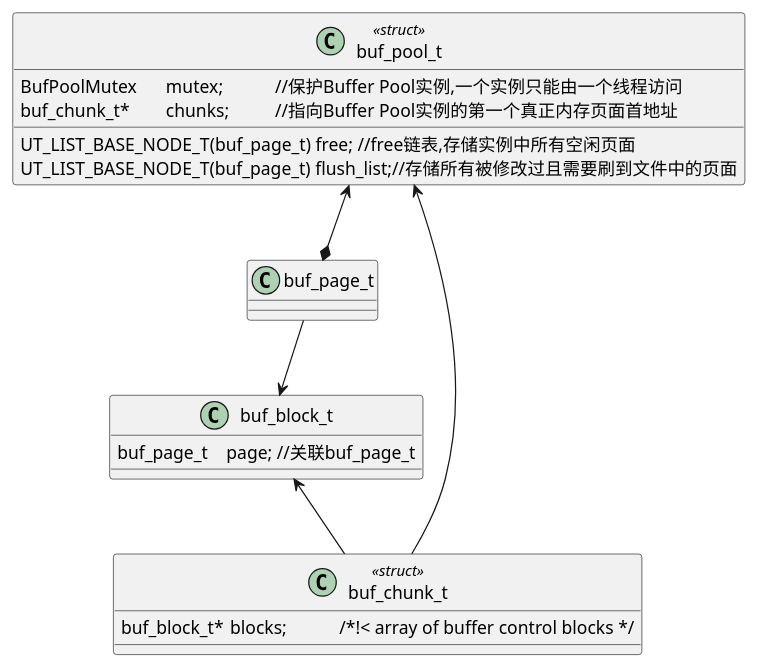
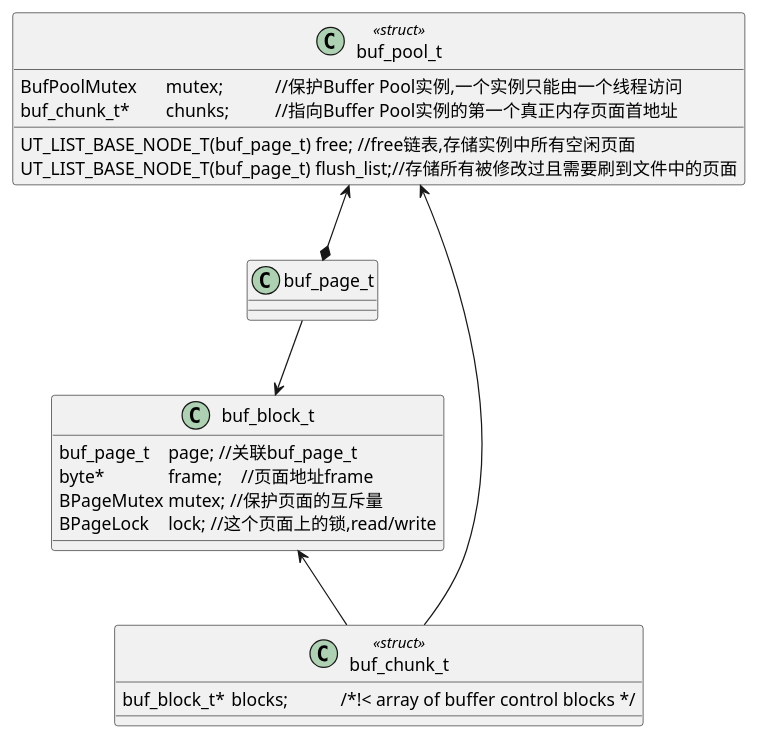
One commit to wult/org_doc changed the first of 2 diagrams in it/mysql/mysql_blog/innodb_buffer_pool.org. Above: the diagram before and after it, drawn with PlantUML. The commit also changed other lines of this file and 3 other files, not shown here.

```diff
--- a/it/mysql/mysql_blog/innodb_buffer_pool.org
+++ b/it/mysql/mysql_blog/innodb_buffer_pool.org
@@ -8,29 +9,33 @@
 #+BEGIN_SRC plantuml :file images/innodb_buffer_pool_class_uml.png :cmdline -charset utf-8
 class buf_pool_t <<struct>>{
     	UT_LIST_BASE_NODE_T(buf_page_t) free; //free链表,存储实例中所有空闲页面 
       UT_LIST_BASE_NODE_T(buf_page_t) flush_list;//存储所有被修改过且需要刷到文件中的页面 
       BufPoolMutex	mutex;		//保护Buffer Pool实例,一个实例只能由一个线程访问
       buf_chunk_t*	chunks;		//指向Buffer Pool实例的第一个真正内存页面首地址
 
 
 }
 
 class buf_page_t {
     
 }
 
 class buf_chunk_t <<struct>> {
 	buf_block_t*	blocks;		/*!< array of buffer control blocks */
 
 }
 
 class buf_block_t {
     	buf_page_t	page; //关联buf_page_t
+      byte*		frame;	//页面地址frame	
+      BPageMutex	mutex; //保护页面的互斥量
+      BPageLock	lock; //这个页面上的锁,read/write
+
 }
 
 
 buf_pool_t <--* buf_page_t
 buf_pool_t <-- buf_chunk_t
 buf_block_t <-- buf_chunk_t
 buf_page_t --> buf_block_t
 #+END_SRC
```
